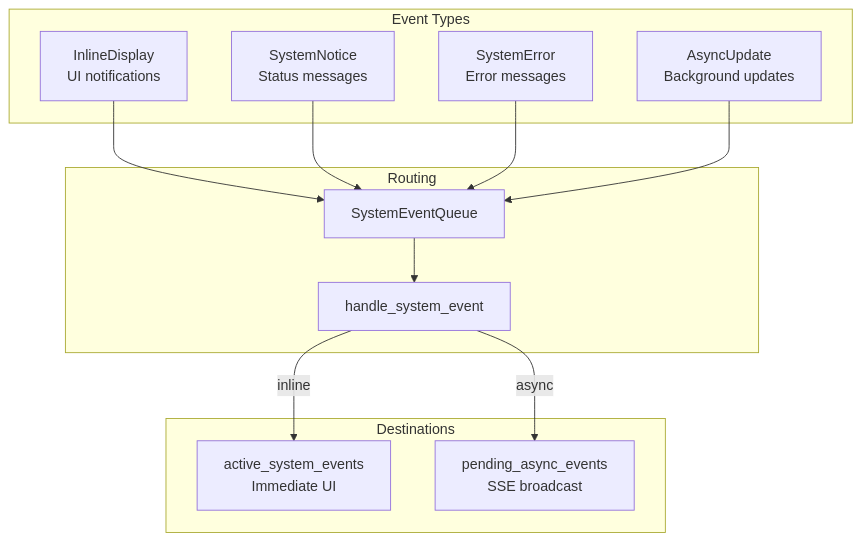
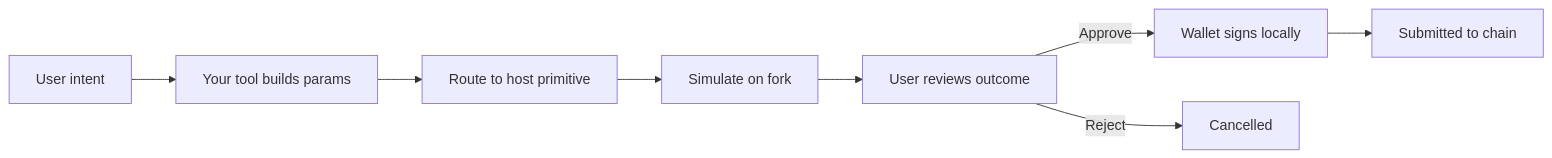
One commit to aomi-labs/docs changed the second of 2 diagrams in concepts/architecture.mdx. Above: the diagram before and after it, drawn with Mermaid. The commit also changed other lines of this file and 31 other files, not shown here.

````diff
--- a/concepts/architecture.mdx
+++ b/concepts/architecture.mdx
@@ -316,29 +88,10 @@
 ```mermaid
-flowchart TB
-    subgraph "Event Types"
-        INLINE[InlineDisplay<br/>UI notifications]
-        NOTICE[SystemNotice<br/>Status messages]
-        ERROR[SystemError<br/>Error messages]
-        ASYNC[AsyncUpdate<br/>Background updates]
-    end
-
-    subgraph "Routing"
-        QUEUE[SystemEventQueue]
-        HANDLER[handle_system_event]
-    end
-
-    subgraph "Destinations"
-        ACTIVE[active_system_events<br/>Immediate UI]
-        PENDING[pending_async_events<br/>SSE broadcast]
-    end
-
-    INLINE --> QUEUE
-    NOTICE --> QUEUE
-    ERROR --> QUEUE
-    ASYNC --> QUEUE
-
-    QUEUE --> HANDLER
-
-    HANDLER -->|inline| ACTIVE
-    HANDLER -->|async| PENDING
+flowchart LR
+    INTENT[User intent] --> TOOL[Your tool builds params]
+    TOOL --> ROUTE[Route to host primitive]
+    ROUTE --> SIM[Simulate on fork]
+    SIM --> REVIEW[User reviews outcome]
+    REVIEW -->|Approve| SIGN[Wallet signs locally]
+    REVIEW -->|Reject| CANCEL[Cancelled]
+    SIGN --> SUBMIT[Submitted to chain]
 ```
````
